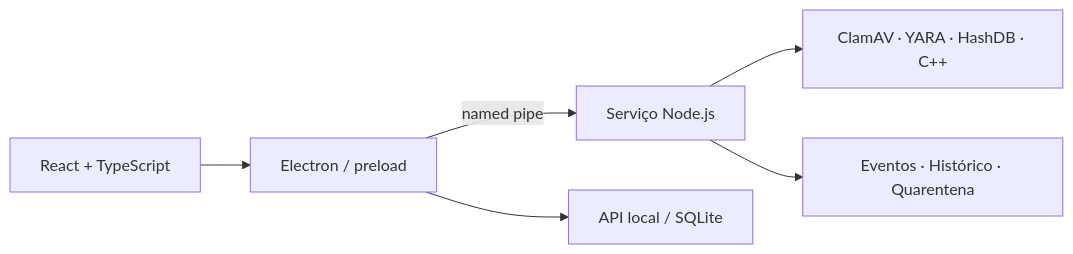
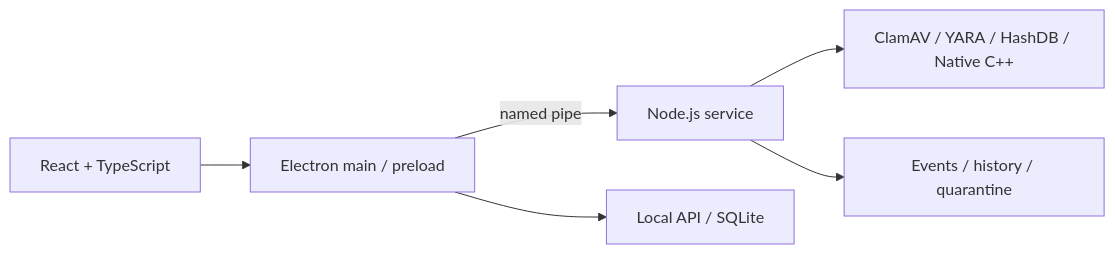
One commit to MatrixChill/cybersafe-assistant changed the diagram in README.md. Above: the diagram before and after it, drawn with Mermaid. The commit also changed other lines of this file and 23 other files, not shown here.

````diff
--- a/README.md
+++ b/README.md
@@ -60,8 +72,8 @@
 ```mermaid
 flowchart LR
-    UI[React + TypeScript] --> Shell[Electron / preload]
-    Shell -->|named pipe| Service[Serviço Node.js]
-    Shell --> API[API local / SQLite]
-    Service --> Engines[ClamAV · YARA · HashDB · C++]
-    Service --> Data[Eventos · Histórico · Quarentena]
+    UI[React + TypeScript] --> Shell[Electron main / preload]
+    Shell -->|named pipe| Service[Node.js service]
+    Shell --> API[Local API / SQLite]
+    Service --> Engines[ClamAV / YARA / HashDB / Native C++]
+    Service --> Data[Events / history / quarantine]
 ```
````
